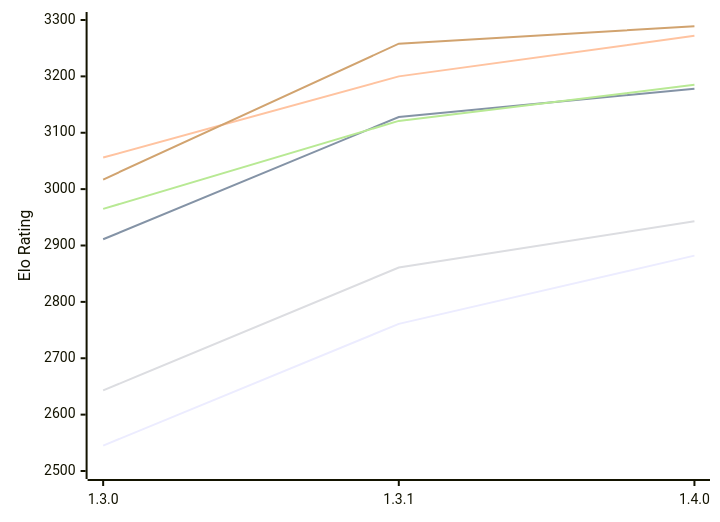
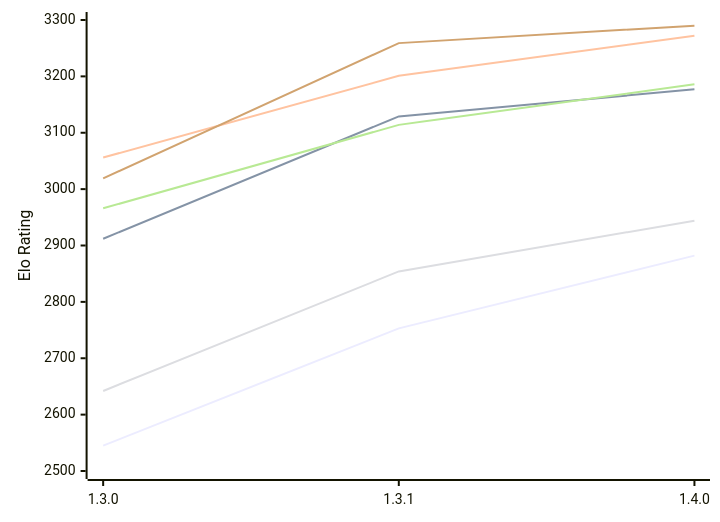
The first of 2 diagrams in engines/Ember.md (computer-chess-index/cci), drawn with Mermaid before and after one commit. The commit also changed other lines of this file, not shown here.

Commit message:
Update CCI Ratings (ELO VLTC) - 2026-11-27

````diff
--- a/engines/Ember.md
+++ b/engines/Ember.md
@@ -53,12 +53,12 @@
 ```mermaid
 %%{init: {"theme":"base","themeVariables":{"seriesColors:['#a3a3a3','#222221','#faa371']}}}%%
 xychart-beta
   x-axis ["1.3.0", "1.3.1", "1.4.0"]
   y-axis "Elo Rating" 2500 --> 3300
-  line "E1: STC (8.0+0.08s)" [2545, 2761, 2882]
-  line "E1: LTC (60.0+0.60s)" [2911, 3128, 3178]
-  line "E1: VLTC (2m24s+1.12s)" [3056, 3200, 3272]
-  line "P1: STC (8.0+0.08s)" [2643, 2861, 2943]
-  line "P1: LTC (60.0+0.60s)" [2965, 3121, 3185]
-  line "P1: VLTC (2m24s+1.12s)" [3017, 3258, 3289]
+  line "E1: STC (8.0+0.08s)" [2545, 2753, 2882]
+  line "E1: LTC (60.0+0.60s)" [2912, 3129, 3177]
+  line "E1: VLTC (2m24s+1.12s)" [3056, 3201, 3272]
+  line "P1: STC (8.0+0.08s)" [2642, 2854, 2944]
+  line "P1: LTC (60.0+0.60s)" [2966, 3114, 3186]
+  line "P1: VLTC (2m24s+1.12s)" [3019, 3259, 3290]
 ```
````
